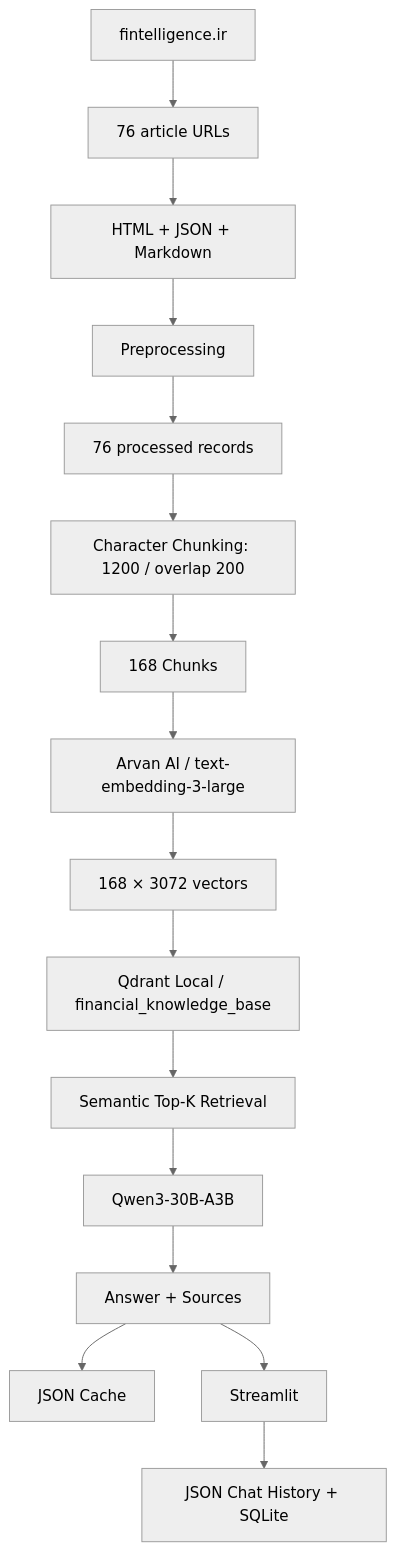
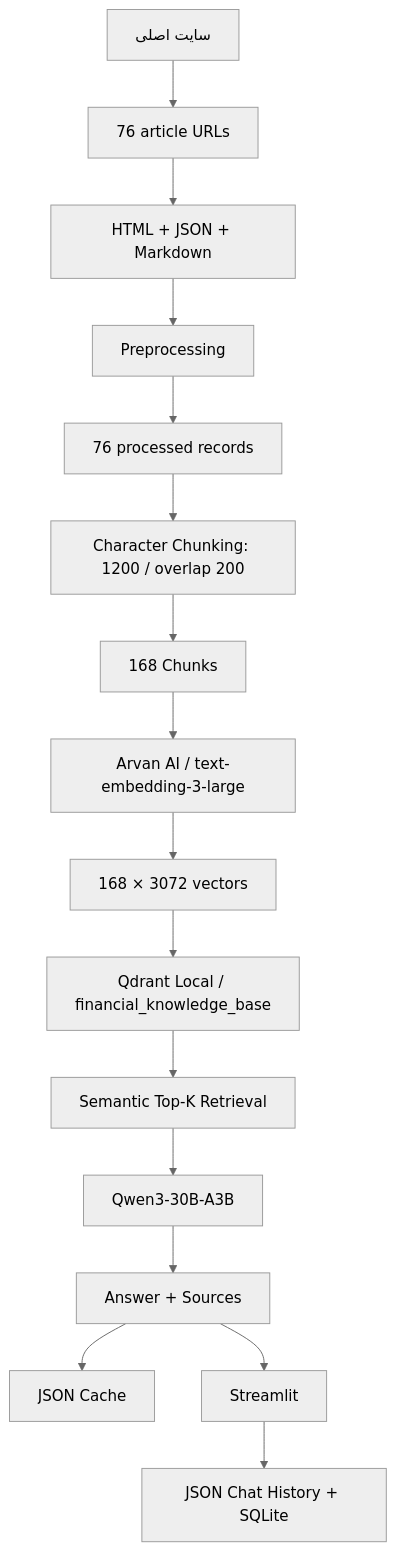
The second of 2 diagrams in README.md (Shahbazi-Amir/RAG_finance), drawn with Mermaid (neutral theme) before and after one commit. The commit also changed other lines of this file, not shown here.

````diff
--- a/README.md
+++ b/README.md
@@ -923,18 +923,18 @@
 ```mermaid
 flowchart TB
-    A[fintelligence.ir] --> B[76 article URLs]
+    A[سایت اصلی] --> B[76 article URLs]
     B --> C[HTML + JSON + Markdown]
     C --> D[Preprocessing]
     D --> E[76 processed records]
     E --> F[Character Chunking: 1200 / overlap 200]
     F --> G[168 Chunks]
     G --> H[Arvan AI / text-embedding-3-large]
     H --> I[168 × 3072 vectors]
     I --> J[Qdrant Local / financial_knowledge_base]
     J --> K[Semantic Top-K Retrieval]
     K --> L[Qwen3-30B-A3B]
     L --> M[Answer + Sources]
     M --> N[JSON Cache]
     M --> O[Streamlit]
     O --> P[JSON Chat History + SQLite]
 ```
````
